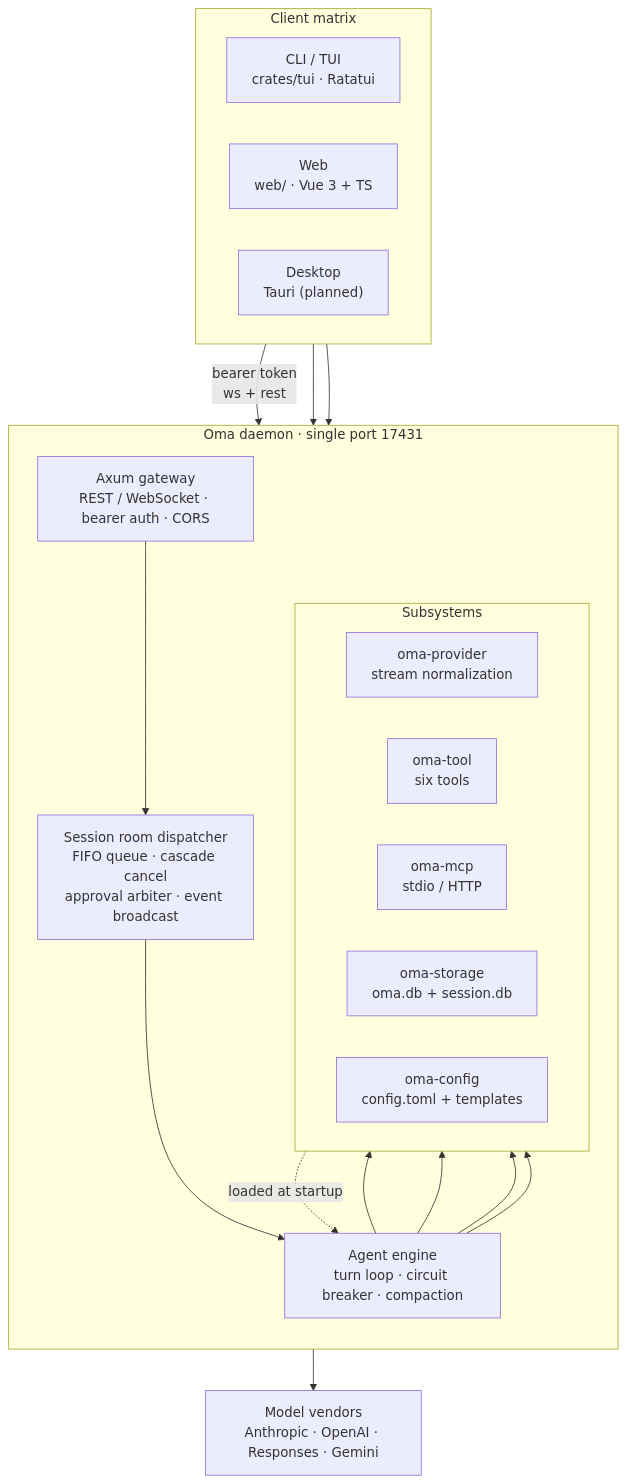
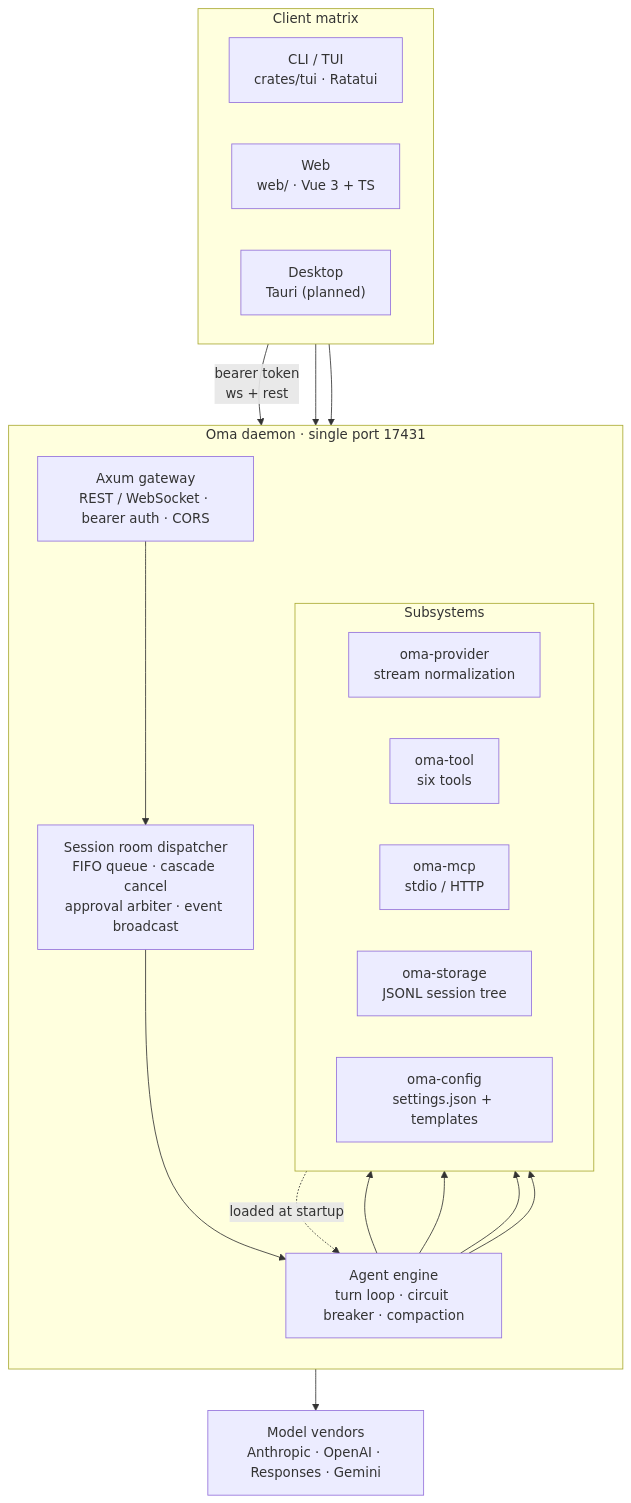
One commit to waittide/oma changed the diagram in README.en.md. Above: the diagram before and after it, drawn with Mermaid. The commit also changed other lines of this file and 10 other files, not shown here.

````diff
--- a/README.en.md
+++ b/README.en.md
@@ -121,36 +121,36 @@
 ```mermaid
 flowchart TB
     subgraph Clients["Client matrix"]
         direction LR
         TUI["CLI / TUI<br/>crates/tui · Ratatui"]
         WEB["Web<br/>web/ · Vue 3 + TS"]
         DESK["Desktop<br/>Tauri (planned)"]
     end
 
     subgraph Daemon["Oma daemon · single port 17431"]
         direction TB
         GW["Axum gateway<br/>REST / WebSocket · bearer auth · CORS"]
         ROOM["Session room dispatcher<br/>FIFO queue · cascade cancel<br/>approval arbiter · event broadcast"]
         ENGINE["Agent engine<br/>turn loop · circuit breaker · compaction"]
         subgraph Sub["Subsystems"]
             direction LR
             PROV["oma-provider<br/>stream normalization"]
             TOOL["oma-tool<br/>six tools"]
             MCP["oma-mcp<br/>stdio / HTTP"]
-            STORE["oma-storage<br/>oma.db + session.db"]
-            CONF["oma-config<br/>config.toml + templates"]
+            STORE["oma-storage<br/>JSONL session tree"]
+            CONF["oma-config<br/>settings.json + templates"]
         end
     end
 
     VENDORS["Model vendors<br/>Anthropic · OpenAI · Responses · Gemini"]
 
     TUI -->|"bearer token<br/>ws + rest"| GW
     WEB --> GW
     DESK --> GW
     GW --> ROOM --> ENGINE
     ENGINE --> PROV --> VENDORS
     ENGINE --> TOOL
     ENGINE --> MCP
     ENGINE --> STORE
     CONF -.->|"loaded at startup"| ENGINE
 ```
````
